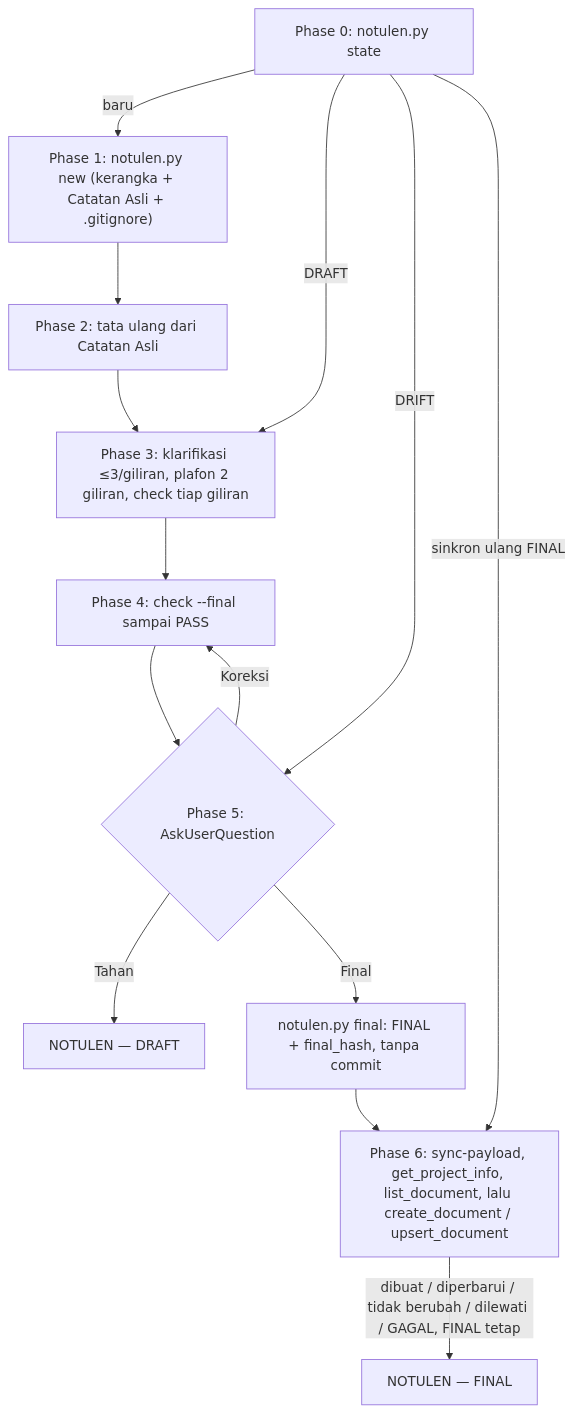
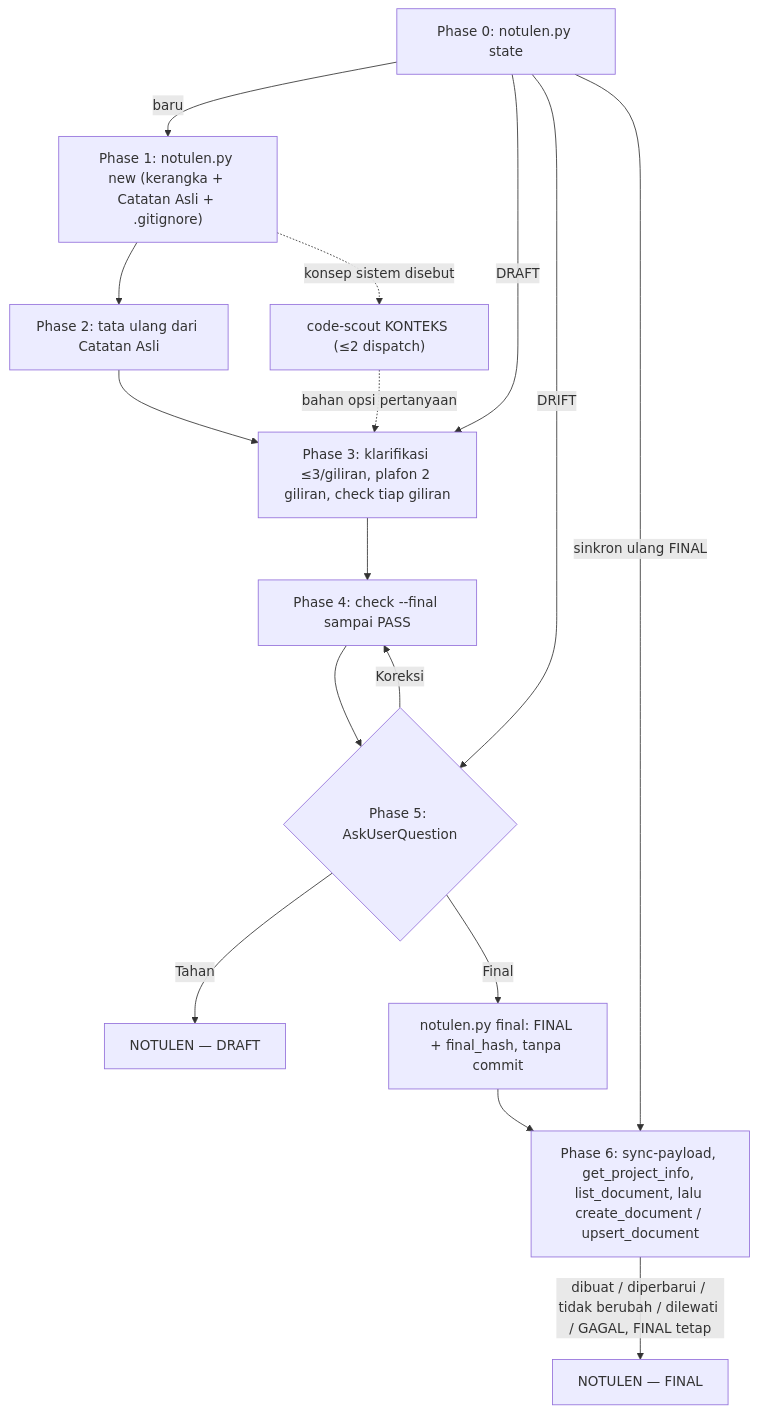
The fourth of 6 diagrams in flow/analyst.md (nataflow/agentic-workflow), drawn with Mermaid before and after one commit. The commit also changed other lines of this file and 3 other files, not shown here.

Commit message:
docs(analyst): selaraskan README, flow, CLAUDE.md, dan issue dengan scout notulen (20 D1)

````diff
--- a/flow/analyst.md
+++ b/flow/analyst.md
@@ -369,16 +375,18 @@
 ```mermaid
 flowchart TD
     N0["Phase 0: notulen.py state"] -->|"baru"| N1["Phase 1: notulen.py new (kerangka + Catatan Asli + .gitignore)"]
     N0 -->|"DRAFT"| N3
     N0 -->|"DRIFT"| N5
     N0 -->|"sinkron ulang FINAL"| N6
     N1 --> N2["Phase 2: tata ulang dari Catatan Asli"]
+    N1 -.->|"konsep sistem disebut"| NS["code-scout KONTEKS (≤2 dispatch)"]
+    NS -.->|"bahan opsi pertanyaan"| N3
     N2 --> N3["Phase 3: klarifikasi ≤3/giliran, plafon 2 giliran, check tiap giliran"]
     N3 --> N4["Phase 4: check --final sampai PASS"]
     N4 --> N5{"Phase 5: AskUserQuestion"}
     N5 -->|"Koreksi"| N4
     N5 -->|"Tahan"| ND["NOTULEN — DRAFT"]
     N5 -->|"Final"| NF["notulen.py final: FINAL + final_hash, tanpa commit"]
     NF --> N6["Phase 6: sync-payload, get_project_info, list_document, lalu create_document / upsert_document"]
     N6 -->|"dibuat / diperbarui / tidak berubah / dilewati / GAGAL, FINAL tetap"| NE["NOTULEN — FINAL"]
 ```
````
